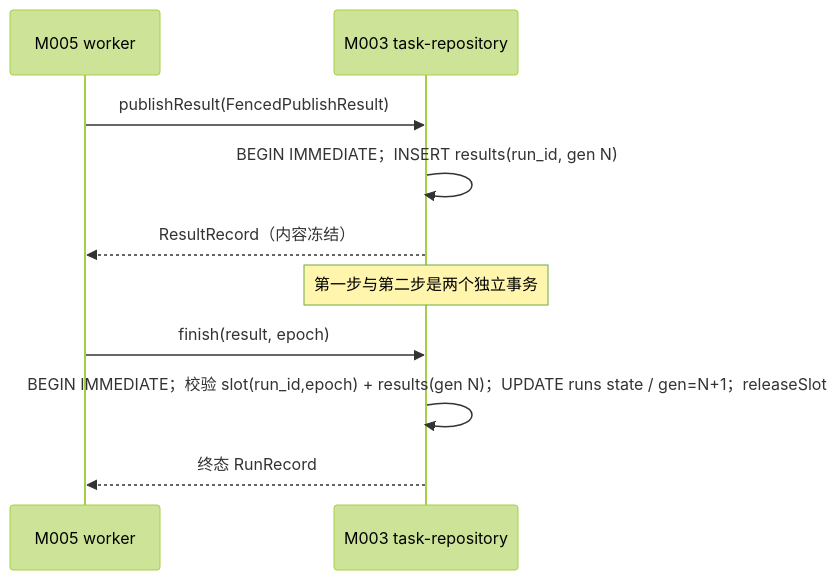
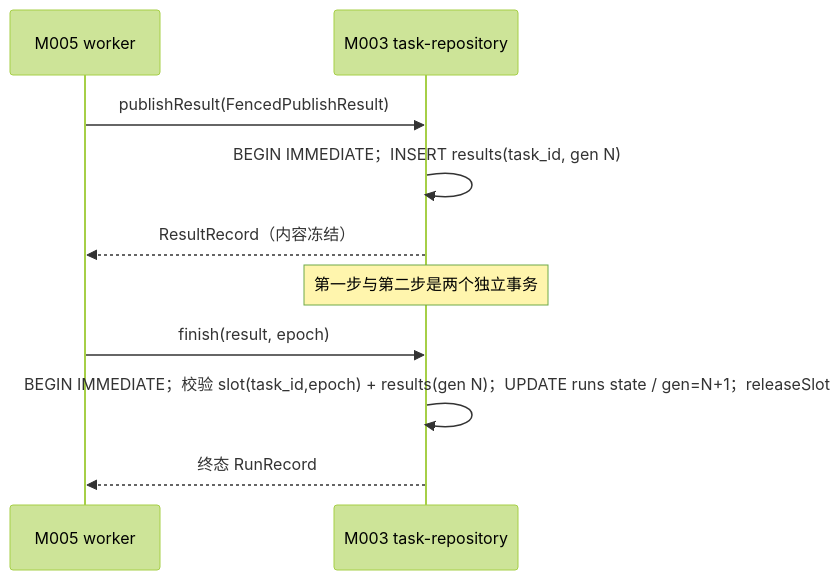
The sixth of 8 diagrams in docs/40_module_design/piko-task-repository-design.md (corezilla/piko), drawn with Mermaid (forest theme) before and after one commit. The commit also changed other lines of this file and 86 other files, not shown here.

````diff
--- a/docs/40_module_design/piko-task-repository-design.md
+++ b/docs/40_module_design/piko-task-repository-design.md
@@ -924,12 +921,12 @@
 ```mermaid
 sequenceDiagram
     participant W as M005 worker
     participant Repo as M003 task-repository
     W->>Repo: publishResult(FencedPublishResult)
-    Repo->>Repo: BEGIN IMMEDIATE；INSERT results(run_id, gen N)
+    Repo->>Repo: BEGIN IMMEDIATE；INSERT results(task_id, gen N)
     Repo-->>W: ResultRecord（内容冻结）
     Note over Repo: 第一步与第二步是两个独立事务
     W->>Repo: finish(result, epoch)
-    Repo->>Repo: BEGIN IMMEDIATE；校验 slot(run_id,epoch) + results(gen N)；UPDATE runs state / gen=N+1；releaseSlot
+    Repo->>Repo: BEGIN IMMEDIATE；校验 slot(task_id,epoch) + results(gen N)；UPDATE runs state / gen=N+1；releaseSlot
     Repo-->>W: 终态 RunRecord
 ```
````
